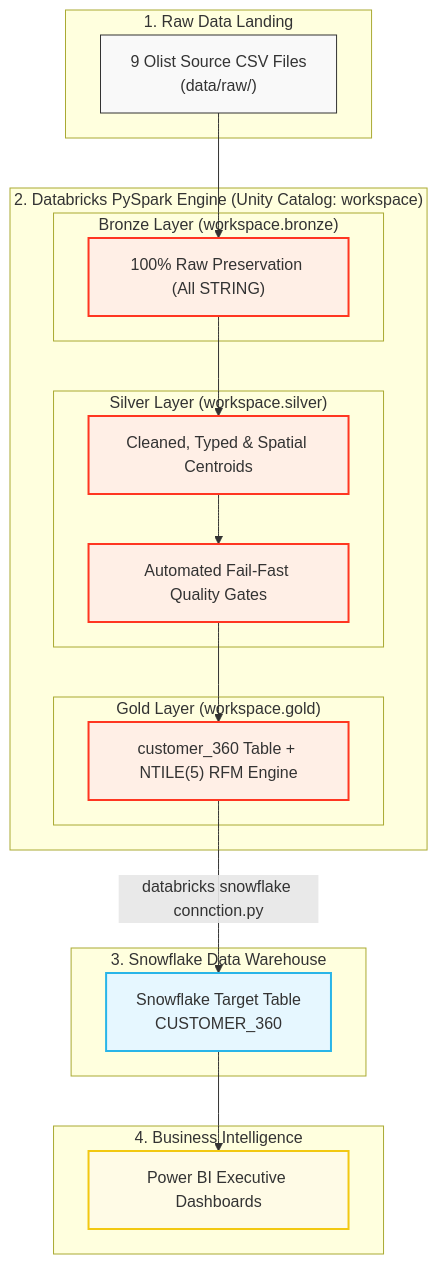
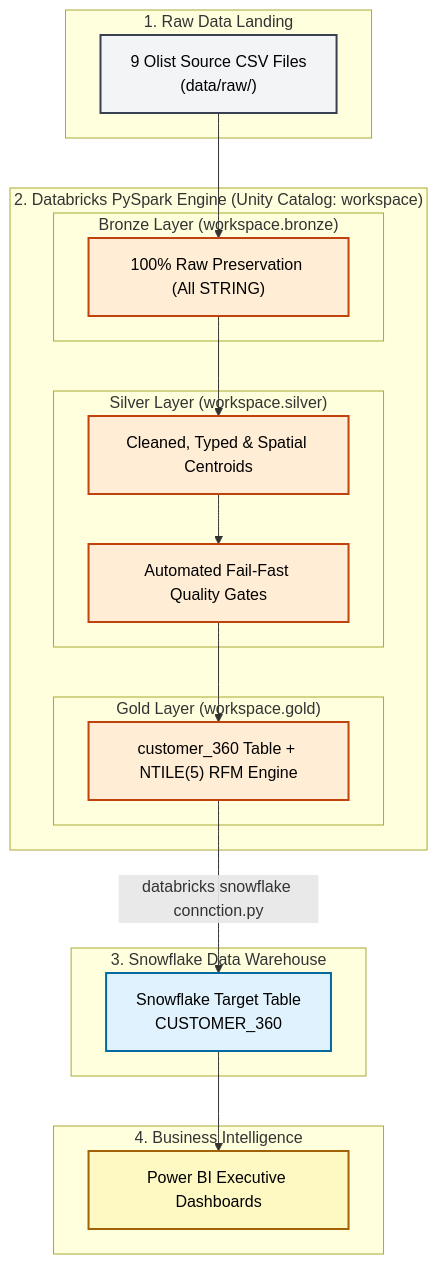
The diagram in README.md (TusharNag-Skull/Omnichannel_Customer_Analysis), drawn with Mermaid before and after one commit. The commit also changed other lines of this file, not shown here.

Commit message:
visibility of flowchart

````diff
--- a/README.md
+++ b/README.md
@@ -33,45 +54,46 @@
 ```mermaid
 flowchart TD
     subgraph DataLanding ["1. Raw Data Landing"]
         A["9 Olist Source CSV Files<br/>(data/raw/)"]
     end
 
     subgraph Databricks ["2. Databricks PySpark Engine (Unity Catalog: workspace)"]
         subgraph Bronze ["Bronze Layer (workspace.bronze)"]
             B["100% Raw Preservation (All STRING)"]
         end
 
         subgraph Silver ["Silver Layer (workspace.silver)"]
             C["Cleaned, Typed & Spatial Centroids"]
             QG["Automated Fail-Fast Quality Gates"]
         end
 
         subgraph Gold ["Gold Layer (workspace.gold)"]
             D["customer_360 Table + NTILE(5) RFM Engine"]
         end
     end
 
     subgraph Snowflake ["3. Snowflake Data Warehouse"]
         E["Snowflake Target Table<br/>CUSTOMER_360"]
     end
 
     subgraph BI ["4. Business Intelligence"]
         F["Power BI Executive Dashboards"]
     end
 
     A --> B
     B --> C
     C --> QG
     QG --> D
     D -- "databricks snowflake connction.py" --> E
     E --> F
 
-    classDef landing fill:#f9f9f9,stroke:#333,stroke-width:1px;
-    classDef databricks fill:#ffefe6,stroke:#ff3621,stroke-width:2px;
-    classDef snowflake fill:#e6f7ff,stroke:#29b5e8,stroke-width:2px;
-    classDef bi fill:#fffbe6,stroke:#f2c811,stroke-width:2px;
+    classDef default color:#000000;
+    classDef landing fill:#f3f4f6,color:#000000,stroke:#374151,stroke-width:2px;
+    classDef databricks fill:#ffedd5,color:#000000,stroke:#c2410c,stroke-width:2px;
+    classDef snowflake fill:#e0f2fe,color:#000000,stroke:#0369a1,stroke-width:2px;
+    classDef bi fill:#fef9c3,color:#000000,stroke:#a16207,stroke-width:2px;
     class A landing;
     class B,C,QG,D databricks;
     class E snowflake;
     class F bi;
 ```
````
